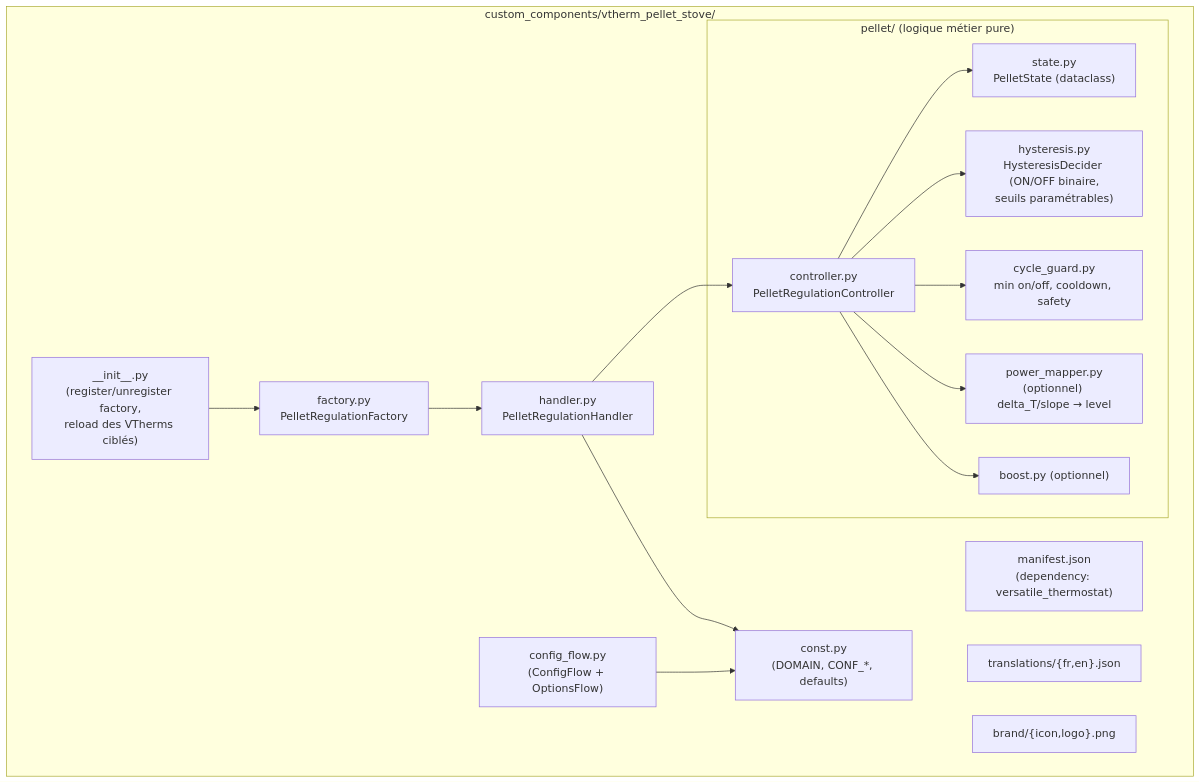
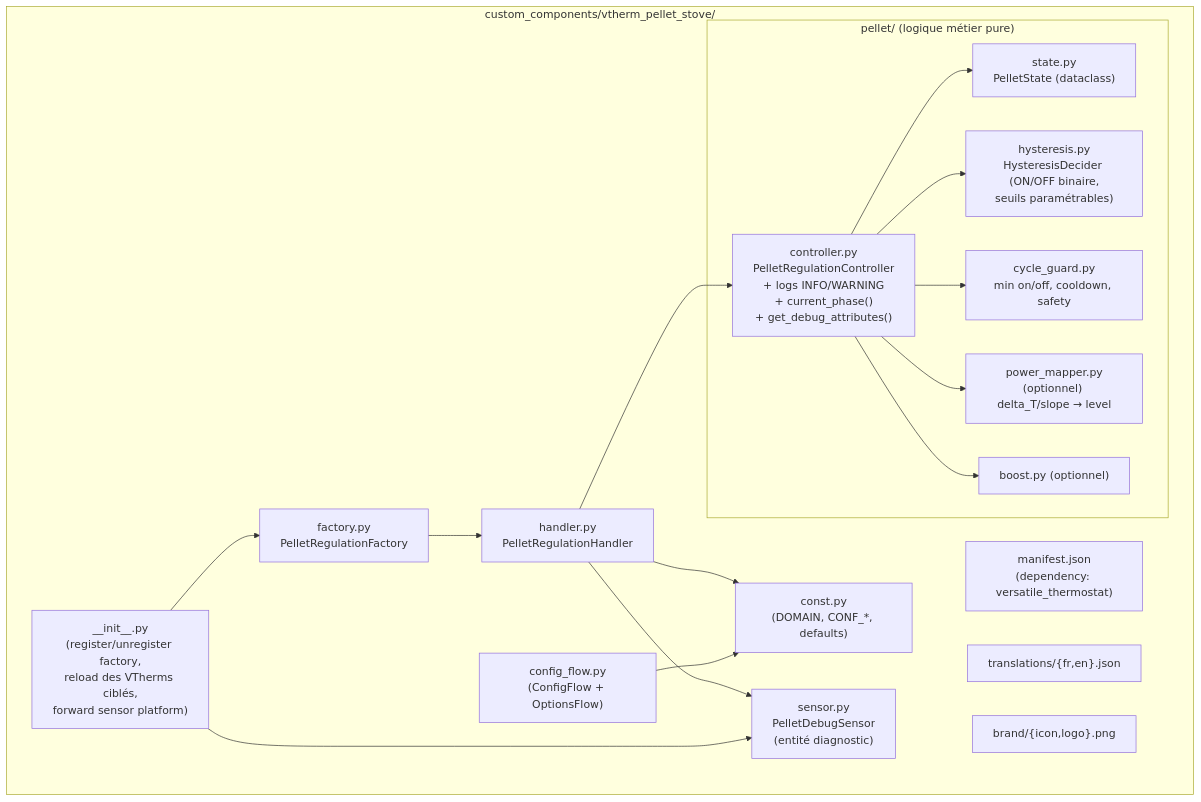
One commit to jmcollin78/vtherm_pellet_stove changed the second of 7 diagrams in tech-docs/plugin-architecture.md. Above: the diagram before and after it, drawn with Mermaid. The commit also changed other lines of this file and 10 other files, not shown here.

Commit message:
Add logs and debug sensor.

````diff
--- a/tech-docs/plugin-architecture.md
+++ b/tech-docs/plugin-architecture.md
@@ -150,32 +160,35 @@
 ```mermaid
 flowchart TB
     subgraph CC["custom_components/vtherm_pellet_stove/"]
-      INIT["__init__.py<br/>(register/unregister factory,<br/>reload des VTherms ciblés)"]
+      INIT["__init__.py<br/>(register/unregister factory,<br/>reload des VTherms ciblés,<br/>forward sensor platform)"]
       MAN["manifest.json<br/>(dependency: versatile_thermostat)"]
       CFG["config_flow.py<br/>(ConfigFlow + OptionsFlow)"]
       CONST["const.py<br/>(DOMAIN, CONF_*, defaults)"]
       FACT["factory.py<br/>PelletRegulationFactory"]
       HAND["handler.py<br/>PelletRegulationHandler"]
+      SENS["sensor.py<br/>PelletDebugSensor<br/>(entité diagnostic)"]
       subgraph PKG["pellet/ (logique métier pure)"]
-        CTRL["controller.py<br/>PelletRegulationController"]
+        CTRL["controller.py<br/>PelletRegulationController<br/>+ logs INFO/WARNING<br/>+ current_phase()<br/>+ get_debug_attributes()"]
         STATE["state.py<br/>PelletState (dataclass)"]
         HYST["hysteresis.py<br/>HysteresisDecider (ON/OFF binaire,<br/>seuils paramétrables)"]
         GUARD["cycle_guard.py<br/>min on/off, cooldown, safety"]
         POWER["power_mapper.py<br/>(optionnel) delta_T/slope → level"]
         BOOST["boost.py (optionnel)"]
       end
       TR["translations/{fr,en}.json"]
       BR["brand/{icon,logo}.png"]
     end
 
     CFG --> CONST
     INIT --> FACT
+    INIT --> SENS
     FACT --> HAND
     HAND --> CTRL
+    HAND --> SENS
     HAND --> CONST
     CTRL --> STATE
     CTRL --> HYST
     CTRL --> GUARD
     CTRL --> POWER
     CTRL --> BOOST
 ```
````
